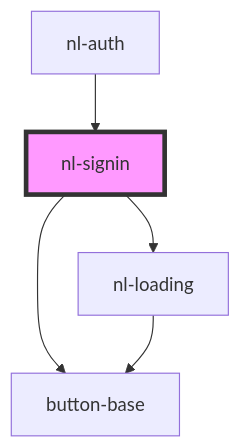
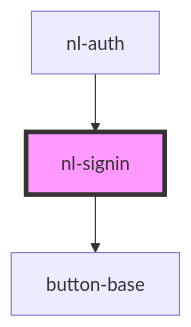
One commit to nostrband/nostr-login changed the diagram in packages/components/src/components/nl-signin/readme.md. Above: the diagram before and after it, drawn with Mermaid. The commit also changed other lines of this file and 17 other files, not shown here.

````diff
--- a/packages/components/src/components/nl-signin/readme.md
+++ b/packages/components/src/components/nl-signin/readme.md
@@ -37,8 +35,6 @@
 ```mermaid
 graph TD;
-  nl-signin --> nl-loading
   nl-signin --> button-base
-  nl-loading --> button-base
   nl-auth --> nl-signin
   style nl-signin fill:#f9f,stroke:#333,stroke-width:4px
 ```
````
